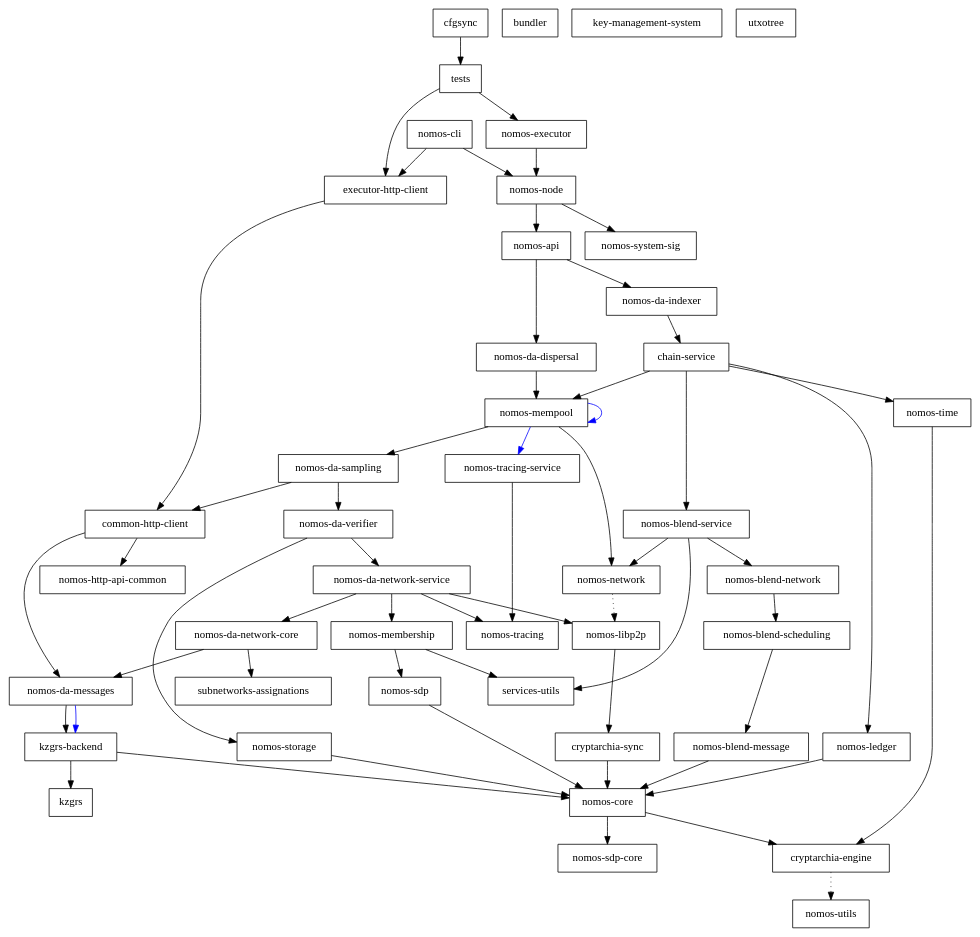
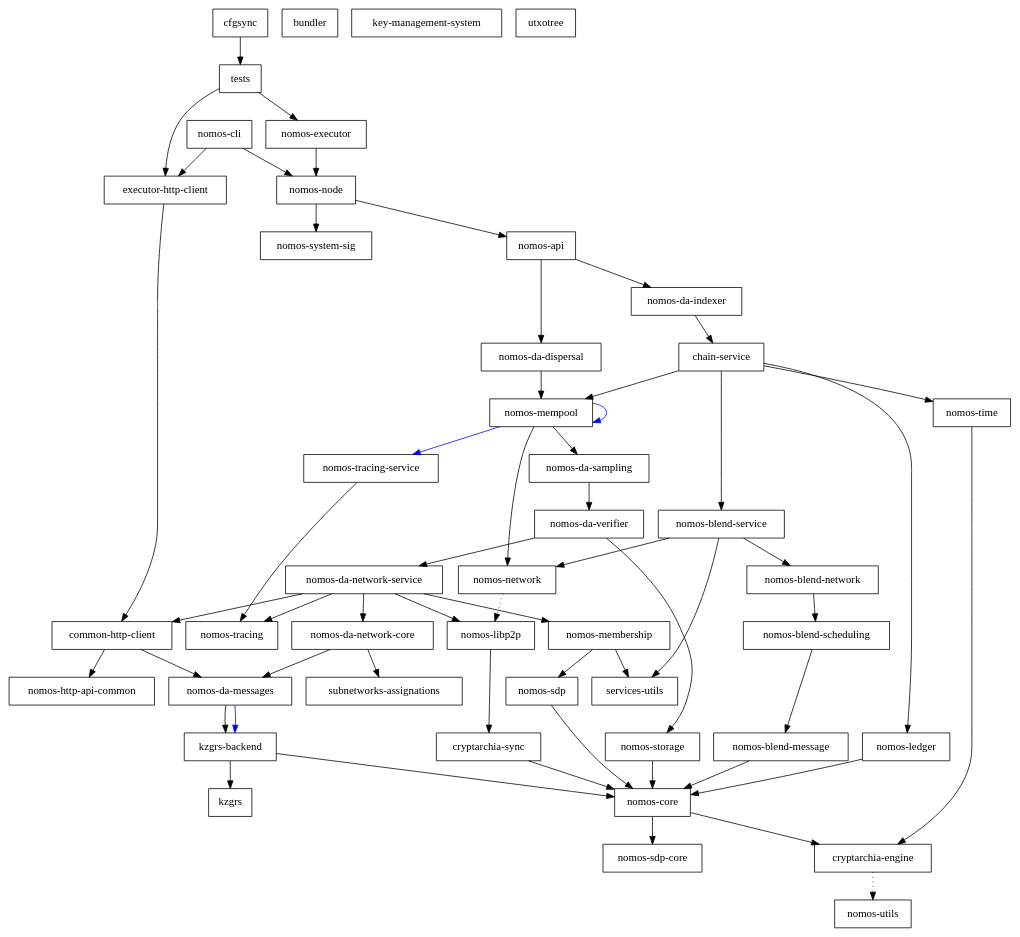
Before and after one commit to Astro521/logos-blockchain: the diagram in dependencies_graph.dot, drawn with Graphviz. The commit also changed 34 other files, not shown here.

```diff
--- a/dependencies_graph.dot
+++ b/dependencies_graph.dot
@@ -1,102 +1,102 @@
 digraph {
     0 [ label = "cryptarchia-engine" shape = box]
     1 [ label = "nomos-utils" shape = box]
     2 [ label = "cryptarchia-sync" shape = box]
     3 [ label = "nomos-core" shape = box]
     4 [ label = "nomos-sdp-core" shape = box]
     5 [ label = "nomos-ledger" shape = box]
     6 [ label = "nomos-http-api-common" shape = box]
     7 [ label = "nomos-executor" shape = box]
     8 [ label = "kzgrs-backend" shape = box]
     9 [ label = "kzgrs" shape = box]
     10 [ label = "nomos-api" shape = box]
     11 [ label = "chain-service" shape = box]
     12 [ label = "nomos-blend-service" shape = box]
     13 [ label = "nomos-blend-message" shape = box]
     14 [ label = "nomos-blend-network" shape = box]
     15 [ label = "nomos-blend-scheduling" shape = box]
     16 [ label = "nomos-libp2p" shape = box]
     17 [ label = "nomos-network" shape = box]
     18 [ label = "services-utils" shape = box]
     19 [ label = "nomos-da-sampling" shape = box]
-    20 [ label = "common-http-client" shape = box]
+    20 [ label = "nomos-da-network-core" shape = box]
     21 [ label = "nomos-da-messages" shape = box]
-    22 [ label = "nomos-da-network-core" shape = box]
-    23 [ label = "subnetworks-assignations" shape = box]
-    24 [ label = "nomos-da-network-service" shape = box]
+    22 [ label = "subnetworks-assignations" shape = box]
+    23 [ label = "nomos-da-network-service" shape = box]
+    24 [ label = "common-http-client" shape = box]
     25 [ label = "nomos-membership" shape = box]
     26 [ label = "nomos-sdp" shape = box]
     27 [ label = "nomos-tracing" shape = box]
     28 [ label = "nomos-da-verifier" shape = box]
     29 [ label = "nomos-storage" shape = box]
     30 [ label = "nomos-mempool" shape = box]
     31 [ label = "nomos-tracing-service" shape = box]
     32 [ label = "nomos-time" shape = box]
     33 [ label = "nomos-da-dispersal" shape = box]
     34 [ label = "nomos-da-indexer" shape = box]
     35 [ label = "nomos-node" shape = box]
     36 [ label = "nomos-system-sig" shape = box]
     37 [ label = "executor-http-client" shape = box]
     38 [ label = "bundler" shape = box]
     39 [ label = "nomos-cli" shape = box]
     40 [ label = "key-management-system" shape = box]
     41 [ label = "cfgsync" shape = box]
     42 [ label = "tests" shape = box]
     43 [ label = "utxotree" shape = box]
     0 -> 1 [ style = dotted]
     2 -> 3 [ ]
     3 -> 0 [ ]
     3 -> 4 [ ]
     5 -> 3 [ ]
     7 -> 35 [ ]
     8 -> 9 [ ]
     8 -> 3 [ ]
     10 -> 33 [ ]
     10 -> 34 [ ]
     11 -> 12 [ ]
     11 -> 5 [ ]
     11 -> 30 [ ]
     11 -> 32 [ ]
     12 -> 14 [ ]
     12 -> 17 [ ]
     12 -> 18 [ ]
     13 -> 3 [ ]
     14 -> 15 [ ]
     15 -> 13 [ ]
     16 -> 2 [ ]
     17 -> 16 [ style = dotted]
-    19 -> 20 [ ]
     19 -> 28 [ ]
     20 -> 21 [ ]
-    20 -> 6 [ ]
+    20 -> 22 [ ]
     21 -> 8 [ ]
     21 -> 8 [ color = blue]
-    22 -> 21 [ ]
-    22 -> 23 [ ]
-    24 -> 22 [ ]
-    24 -> 16 [ ]
-    24 -> 25 [ ]
-    24 -> 27 [ ]
+    23 -> 24 [ ]
+    23 -> 20 [ ]
+    23 -> 16 [ ]
+    23 -> 25 [ ]
+    23 -> 27 [ ]
+    24 -> 21 [ ]
+    24 -> 6 [ ]
     25 -> 26 [ ]
     25 -> 18 [ ]
     26 -> 3 [ ]
-    28 -> 24 [ ]
+    28 -> 23 [ ]
     28 -> 29 [ ]
     29 -> 3 [ ]
     30 -> 19 [ ]
     30 -> 30 [ color = blue]
     30 -> 17 [ ]
     30 -> 31 [ color = blue]
     31 -> 27 [ ]
     32 -> 0 [ ]
     33 -> 30 [ ]
     34 -> 11 [ ]
     35 -> 10 [ ]
     35 -> 36 [ ]
-    37 -> 20 [ ]
+    37 -> 24 [ ]
     39 -> 37 [ ]
     39 -> 35 [ ]
     41 -> 42 [ ]
     42 -> 37 [ ]
     42 -> 7 [ ]
 }
```
